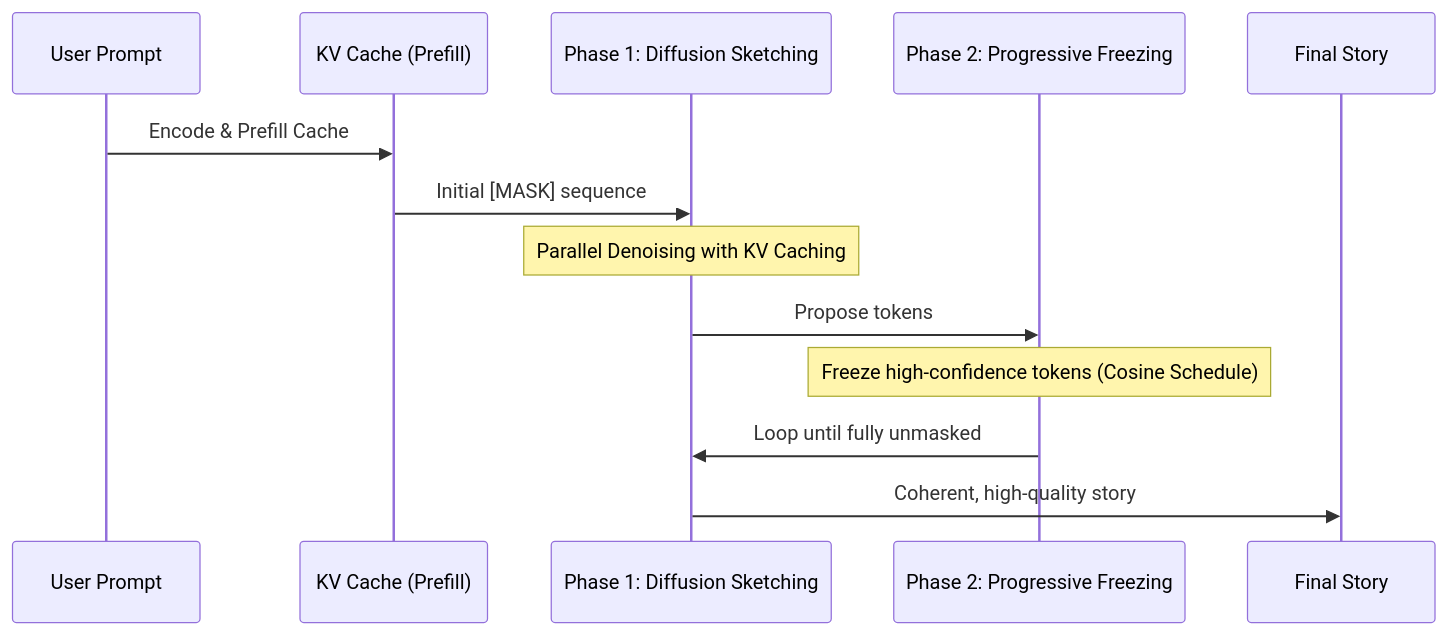
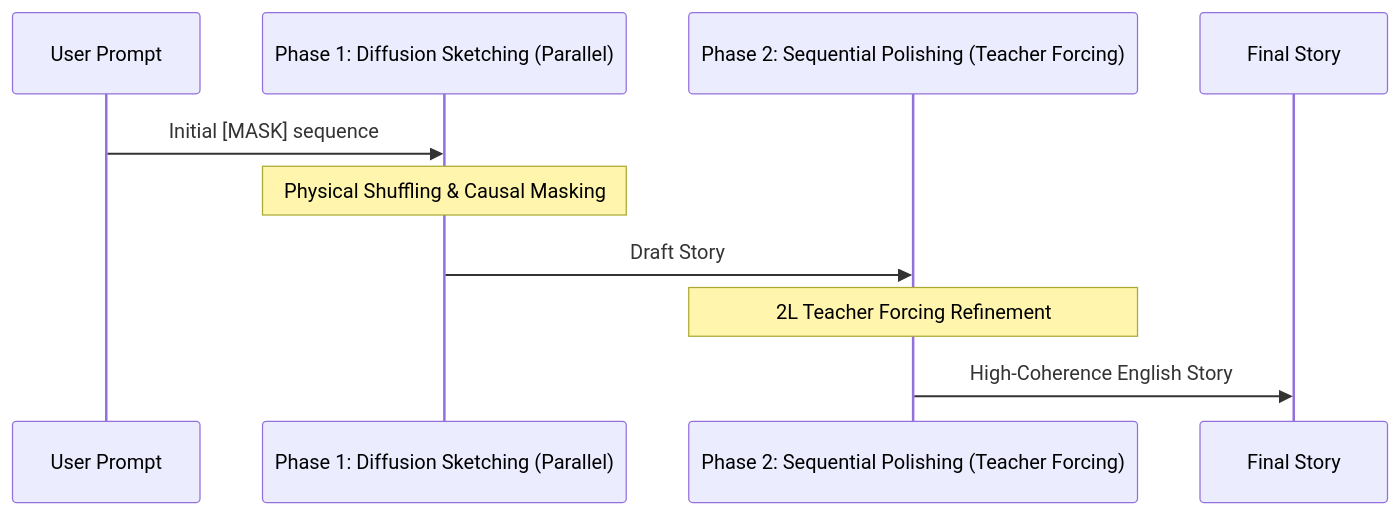
One commit to GReturn/Esoteric-Tiny-Stories changed the diagram in README.md. Above: the diagram before and after it, drawn with Mermaid. The commit also changed other lines of this file and 2 other files, not shown here.

Commit message:
update architecture

````diff
--- a/README.md
+++ b/README.md
@@ -19,16 +21,13 @@
 ```mermaid
 sequenceDiagram
     participant U as User Prompt
-    participant C as KV Cache (Prefill)
-    participant D as Phase 1: Diffusion Sketching
-    participant A as Phase 2: Progressive Freezing
+    participant D as Phase 1: Diffusion Sketching (Parallel)
+    participant S as Phase 2: Sequential Polishing (Teacher Forcing)
     participant O as Final Story
 
-    U->>C: Encode & Prefill Cache
-    C->>D: Initial [MASK] sequence
-    Note over D: Parallel Denoising with KV Caching
-    D->>A: Propose tokens
-    Note over A: Freeze high-confidence tokens (Cosine Schedule)
-    A->>D: Loop until fully unmasked
-    D->>O: Coherent, high-quality story
+    U->>D: Initial [MASK] sequence
+    Note over D: Physical Shuffling & Causal Masking
+    D->>S: Draft Story
+    Note over S: 2L Teacher Forcing Refinement
+    S->>O: High-Coherence English Story
 ```
````
